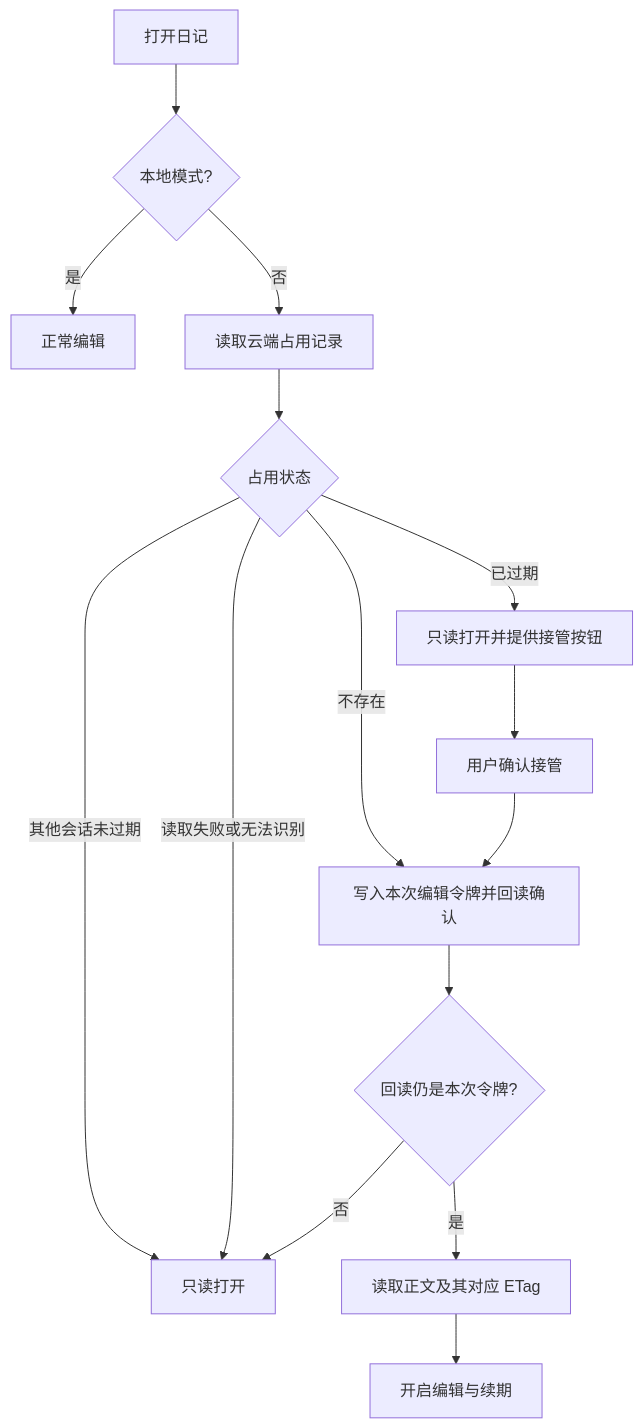
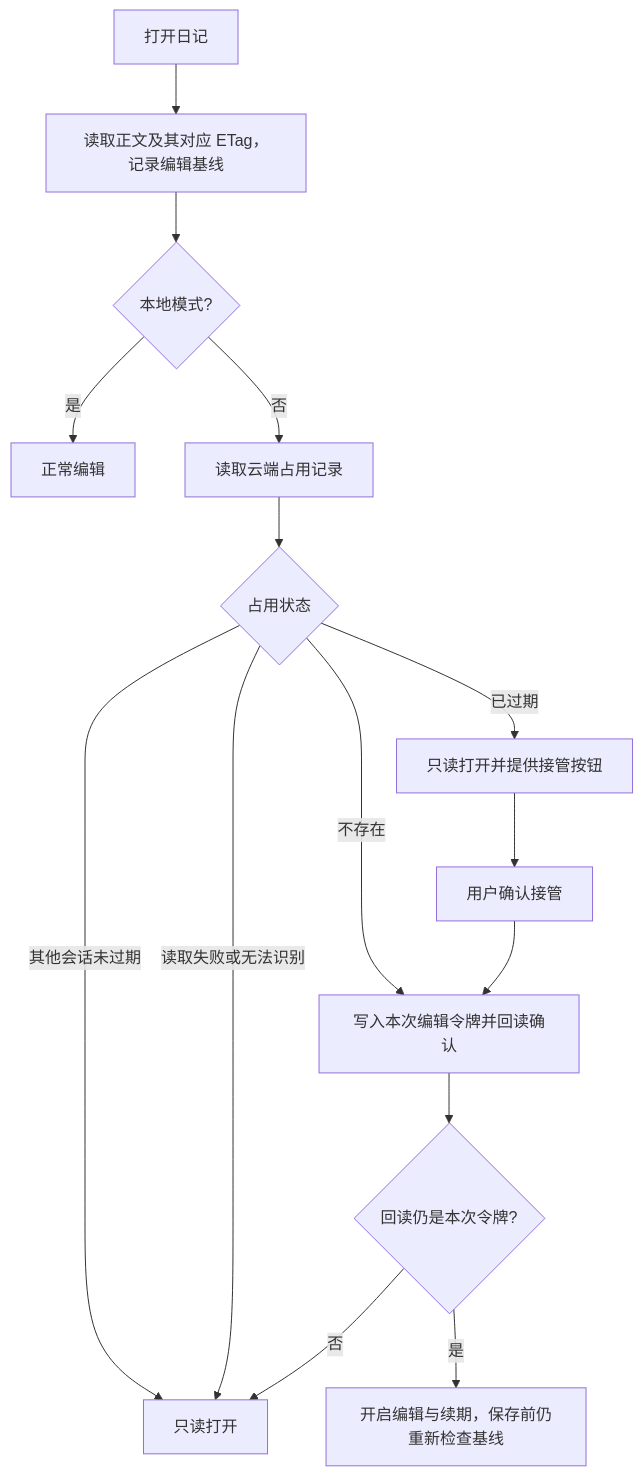
The first of 4 diagrams in docs/diary-edit-lease.md (surkaa/surkaa-pad), drawn with Mermaid before and after one commit. The commit also changed other lines of this file and 14 other files, not shown here.

````diff
--- a/docs/diary-edit-lease.md
+++ b/docs/diary-edit-lease.md
@@ -15,17 +16,17 @@
 ```mermaid
 flowchart TD
-    A[打开日记] --> B{本地模式?}
+    A[打开日记] --> S[读取正文及其对应 ETag，记录编辑基线]
+    S --> B{本地模式?}
     B -->|是| C[正常编辑]
     B -->|否| D[读取云端占用记录]
     D --> E{占用状态}
     E -->|不存在| F[写入本次编辑令牌并回读确认]
     E -->|其他会话未过期| G[只读打开]
     E -->|已过期| H[只读打开并提供接管按钮]
     E -->|读取失败或无法识别| G
     H --> I[用户确认接管]
     I --> F
     F --> J{回读仍是本次令牌?}
     J -->|否| G
-    J -->|是| K[读取正文及其对应 ETag]
-    K --> L[开启编辑与续期]
+    J -->|是| L[开启编辑与续期，保存前仍重新检查基线]
 ```
````
